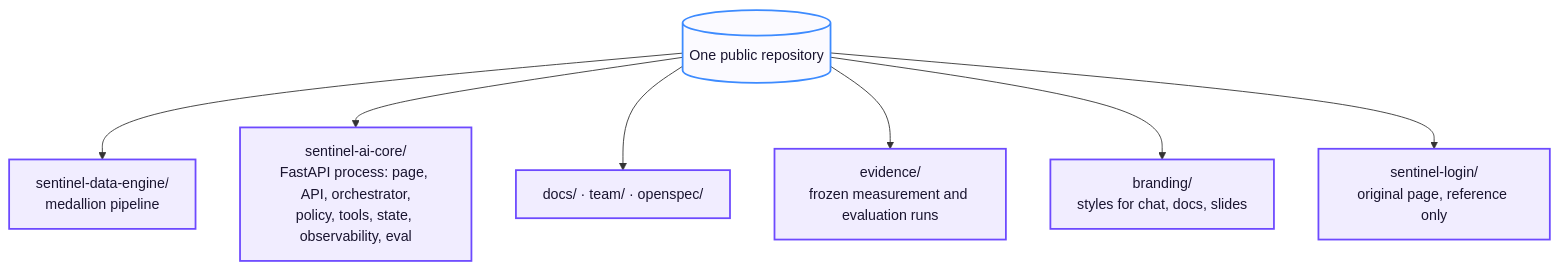
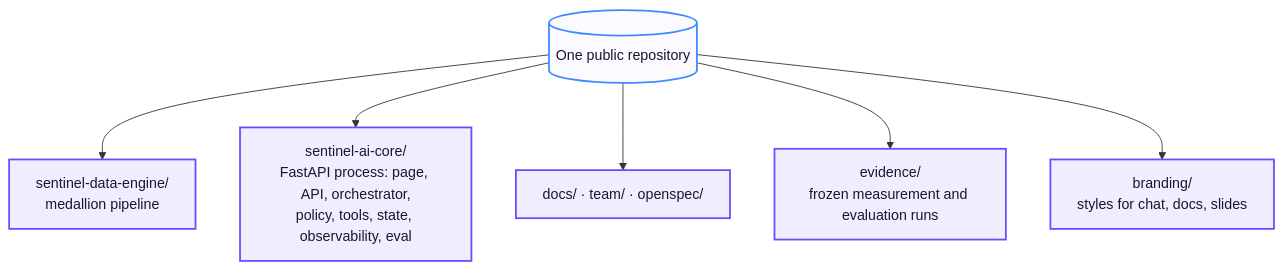
One commit to rdorta27/factored-hackathon-2026-sentinel-engine changed the fifth of 5 diagrams in docs/architecture/system-architecture.md. Above: the diagram before and after it, drawn with Mermaid. The commit also changed other lines of this file and 6 other files, not shown here.

First line of the commit message:
docs: remove the references to the deleted sentinel-login folder

````diff
--- a/docs/architecture/system-architecture.md
+++ b/docs/architecture/system-architecture.md
@@ -229,15 +229,14 @@
 ```mermaid
 flowchart TB
     repo[("One public repository")]
     repo --> data["sentinel-data-engine/<br/>medallion pipeline"]
     repo --> core["sentinel-ai-core/<br/>FastAPI process: page, API, orchestrator,<br/>policy, tools, state, observability, eval"]
     repo --> docs["docs/ · team/ · openspec/"]
     repo --> evidence["evidence/<br/>frozen measurement and evaluation runs"]
     repo --> branding["branding/<br/>styles for chat, docs, slides"]
-    repo --> login["sentinel-login/<br/>original page, reference only"]
 
     classDef comp fill:#f1edff,stroke:#6d4aff,stroke-width:2px,color:#1a1530
     classDef store fill:#fbfaff,stroke:#3d8bff,stroke-width:2px,color:#1a1530
-    class data,core,docs,evidence,branding,login comp
+    class data,core,docs,evidence,branding comp
     class repo store
 ```
````
